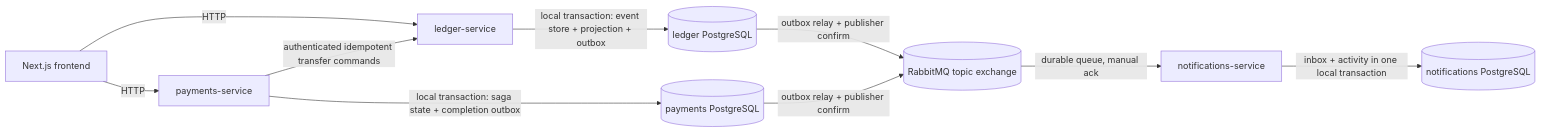
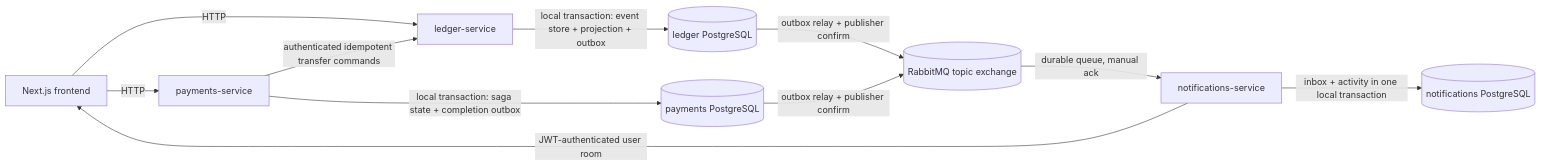
The diagram in README.md (rekverr/p2p-ledger-starter), drawn with Mermaid before and after one commit. The commit also changed other lines of this file and 28 other files, not shown here.

````diff
--- a/README.md
+++ b/README.md
@@ -27,21 +27,22 @@
 ```mermaid
 flowchart LR
   FE[Next.js frontend]
   L[ledger-service]
   P[payments-service]
   N[notifications-service]
   LDB[(ledger PostgreSQL)]
   PDB[(payments PostgreSQL)]
   NDB[(notifications PostgreSQL)]
   RMQ[(RabbitMQ topic exchange)]
 
   FE -->|HTTP| L
   FE -->|HTTP| P
   P -->|authenticated idempotent transfer commands| L
   L -->|local transaction: event store + projection + outbox| LDB
   P -->|local transaction: saga state + completion outbox| PDB
   PDB -->|outbox relay + publisher confirm| RMQ
   N -->|inbox + activity in one local transaction| NDB
   LDB -->|outbox relay + publisher confirm| RMQ
   RMQ -->|durable queue, manual ack| N
+  N -->|JWT-authenticated user room| FE
 ```
````
